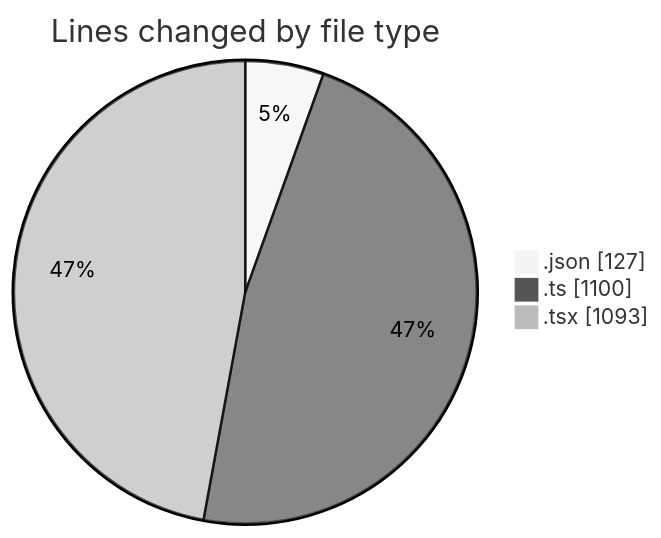
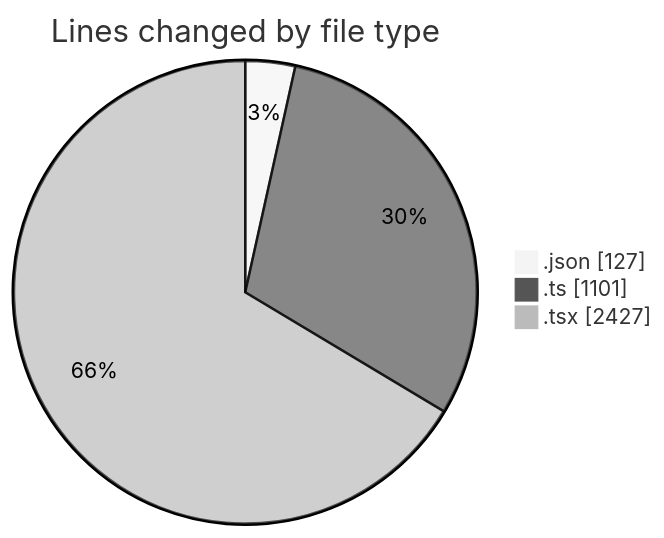
The first of 2 diagrams in 2025-11-12/eventscop-frontend-guide__workspace_/README.md (julien-gomy/code-tracking), drawn with Mermaid (neutral theme) before and after one commit. The commit also changed other lines of this file and 1 other file, not shown here.

````diff
--- a/2025-11-12/eventscop-frontend-guide__workspace_/README.md
+++ b/2025-11-12/eventscop-frontend-guide__workspace_/README.md
@@ -31,7 +40,7 @@
 ```mermaid
 pie showData
 title Lines changed by file type
 ".json" : 127
-".ts" : 1100
-".tsx" : 1093
+".ts" : 1101
+".tsx" : 2427
 ```
````
